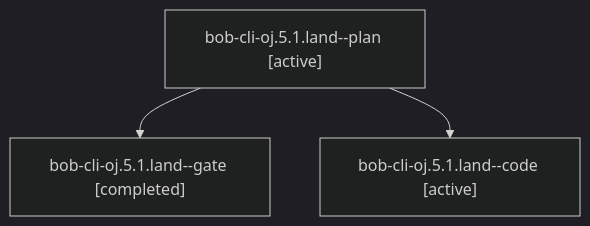
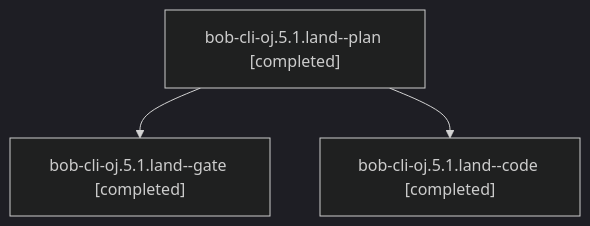
Before and after one commit to bobs-org/bob-cli--agents: the diagram in sessions/bbugyi200.athena.bob-cli-oj.5.1.land.md, drawn with Mermaid (dark theme). The commit also changed other lines of this file and 58 other files, not shown here.

````diff
--- a/sessions/bbugyi200.athena.bob-cli-oj.5.1.land.md
+++ b/sessions/bbugyi200.athena.bob-cli-oj.5.1.land.md
@@ -9,8 +9,8 @@
 ```mermaid
 flowchart TD
-  n0["bob-cli-oj.5.1.land--plan [active]"]
+  n0["bob-cli-oj.5.1.land--plan [completed]"]
   n1["bob-cli-oj.5.1.land--gate [completed]"]
   n0 --> n1
-  n2["bob-cli-oj.5.1.land--code [active]"]
+  n2["bob-cli-oj.5.1.land--code [completed]"]
   n0 --> n2
 ```
````
